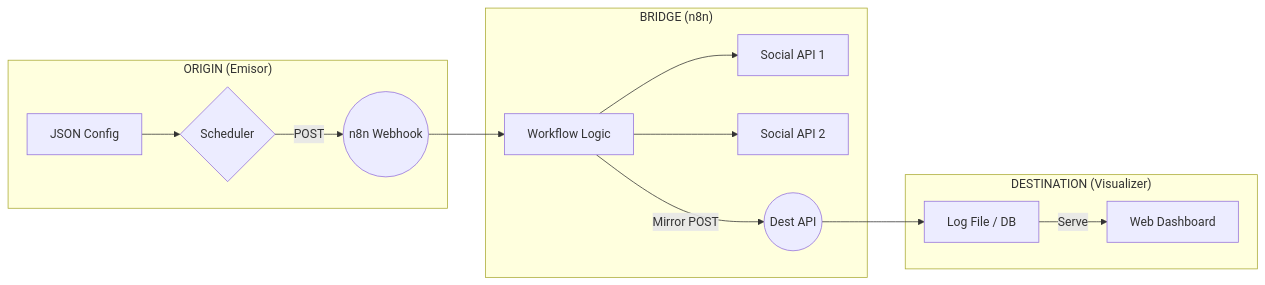
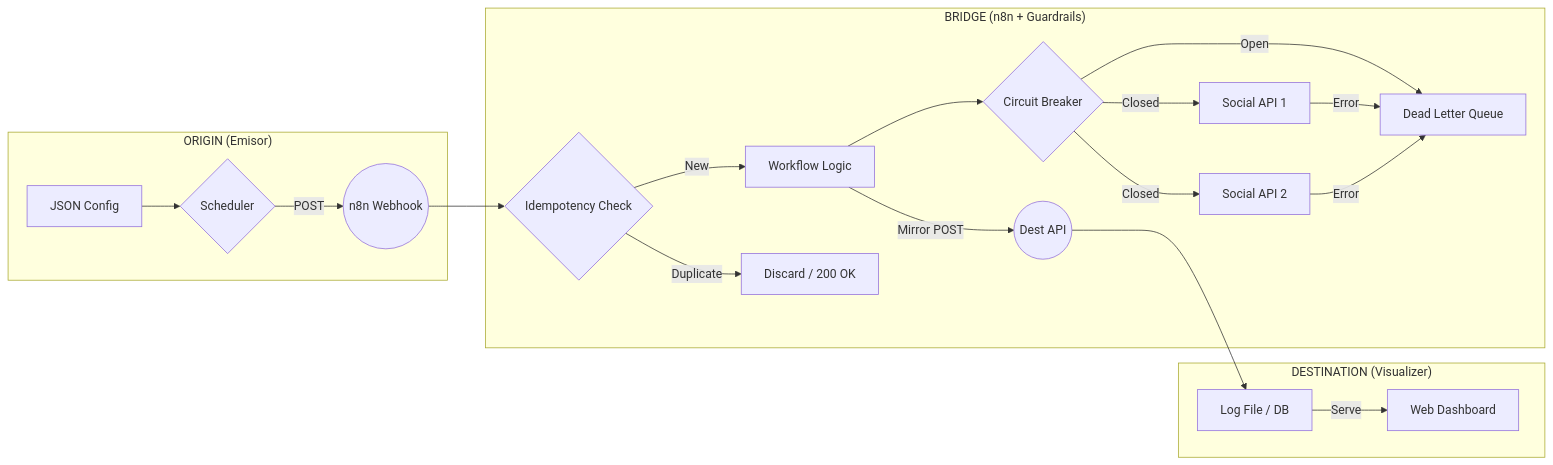
Before and after one commit to vladimiracunadev-create/social-bot-scheduler: the diagram in docs/ARCHITECTURE.md, drawn with Mermaid. The commit also changed other lines of this file and 44 other files, not shown here.

````diff
--- a/docs/ARCHITECTURE.md
+++ b/docs/ARCHITECTURE.md
@@ -40,19 +41,24 @@
 ```mermaid
 graph LR
     subgraph "ORIGIN (Emisor)"
         A[JSON Config] --> B{Scheduler}
         B -- POST --> C((n8n Webhook))
     end
 
-    subgraph "BRIDGE (n8n)"
-        C --> D[Workflow Logic]
-        D --> E[Social API 1]
-        D --> F[Social API 2]
+    subgraph "BRIDGE (n8n + Guardrails)"
+        C --> CM{Idempotency Check}
+        CM -- New --> D[Workflow Logic]
+        CM -- Duplicate --> C1[Discard / 200 OK]
+        D --> CB{Circuit Breaker}
+        CB -- Closed --> E[Social API 1]
+        CB -- Closed --> F[Social API 2]
+        CB -- Open --> DLQ[Dead Letter Queue]
+        E & F -- Error --> DLQ
         D -- Mirror POST --> G((Dest API))
     end
 
     subgraph "DESTINATION (Visualizer)"
         G --> H[Log File / DB]
         H -- Serve --> I[Web Dashboard]
     end
 ```
````
